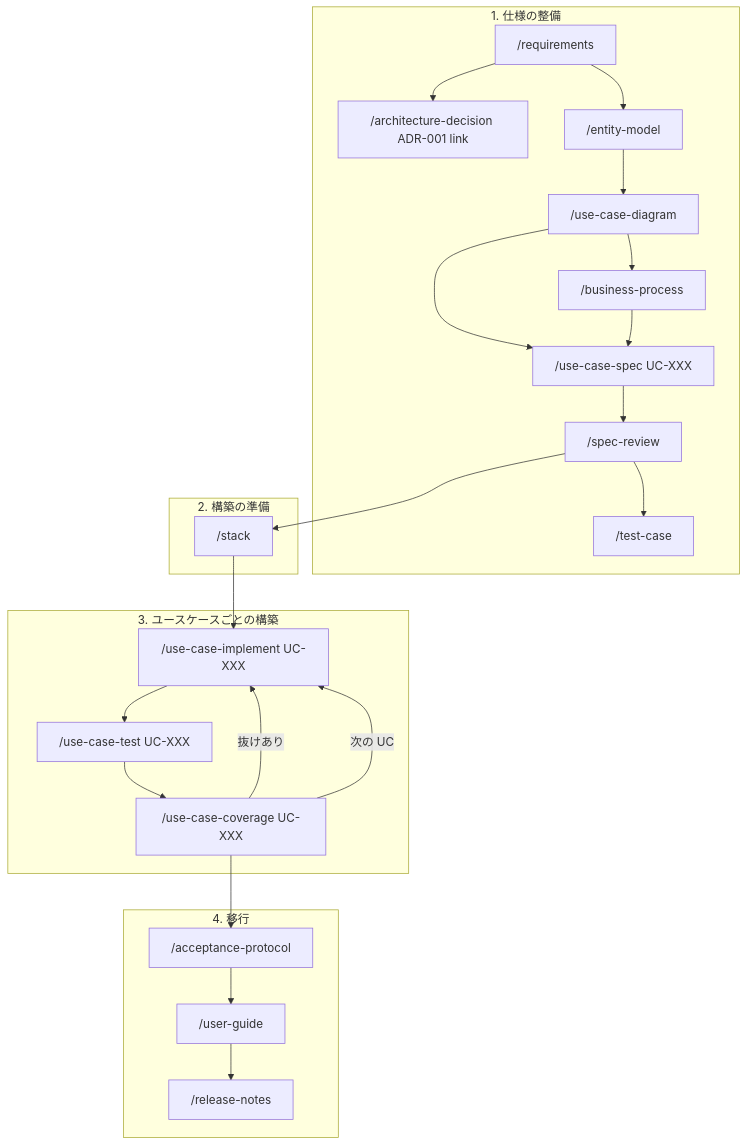
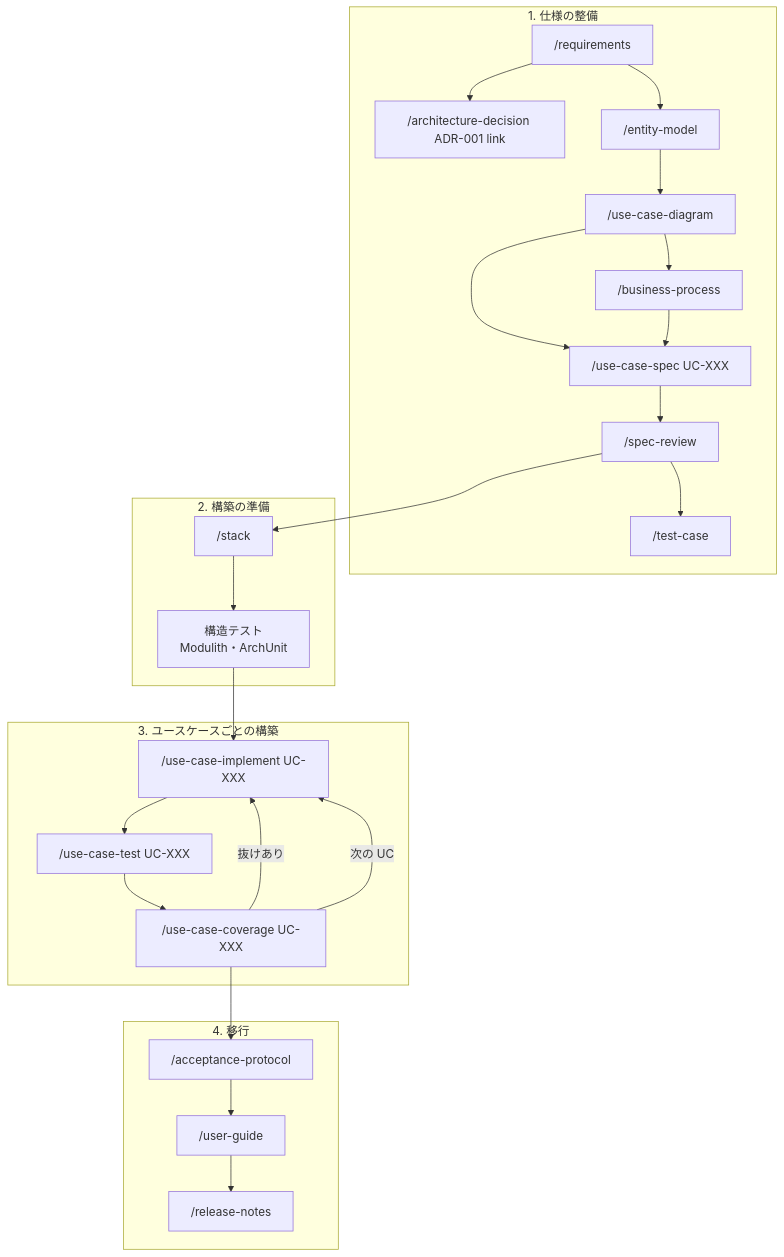
One commit to tis-abe-akira/ddd-syndicate-loan changed the diagram in docs/guides/aiup-workflow.md. Above: the diagram before and after it, drawn with Mermaid. The commit also changed other lines of this file and 5 other files, not shown here.

````diff
--- a/docs/guides/aiup-workflow.md
+++ b/docs/guides/aiup-workflow.md
@@ -35,29 +35,29 @@
 ```mermaid
 flowchart TD
   subgraph S1[1. 仕様の整備]
     R["/requirements"] --> ADR["/architecture-decision ADR-001 link"]
     R --> EM["/entity-model"]
     EM --> UCD["/use-case-diagram"]
     UCD --> BP["/business-process"]
     UCD --> UCS["/use-case-spec UC-XXX"]
     BP --> UCS
     UCS --> SR["/spec-review"]
     SR --> TC["/test-case"]
   end
   subgraph S2[2. 構築の準備]
-    ST["/stack"]
+    ST["/stack"] --> ARCH["構造テスト<br/>Modulith・ArchUnit"]
   end
   subgraph S3[3. ユースケースごとの構築]
     IMP["/use-case-implement UC-XXX"] --> TEST["/use-case-test UC-XXX"]
     TEST --> COV["/use-case-coverage UC-XXX"]
     COV -->|抜けあり| IMP
   end
   subgraph S4[4. 移行]
     ACC["/acceptance-protocol"] --> UG["/user-guide"]
     UG --> RN["/release-notes"]
   end
   SR --> ST
-  ST --> IMP
+  ARCH --> IMP
   COV -->|次の UC| IMP
   COV --> ACC
 ```
````
